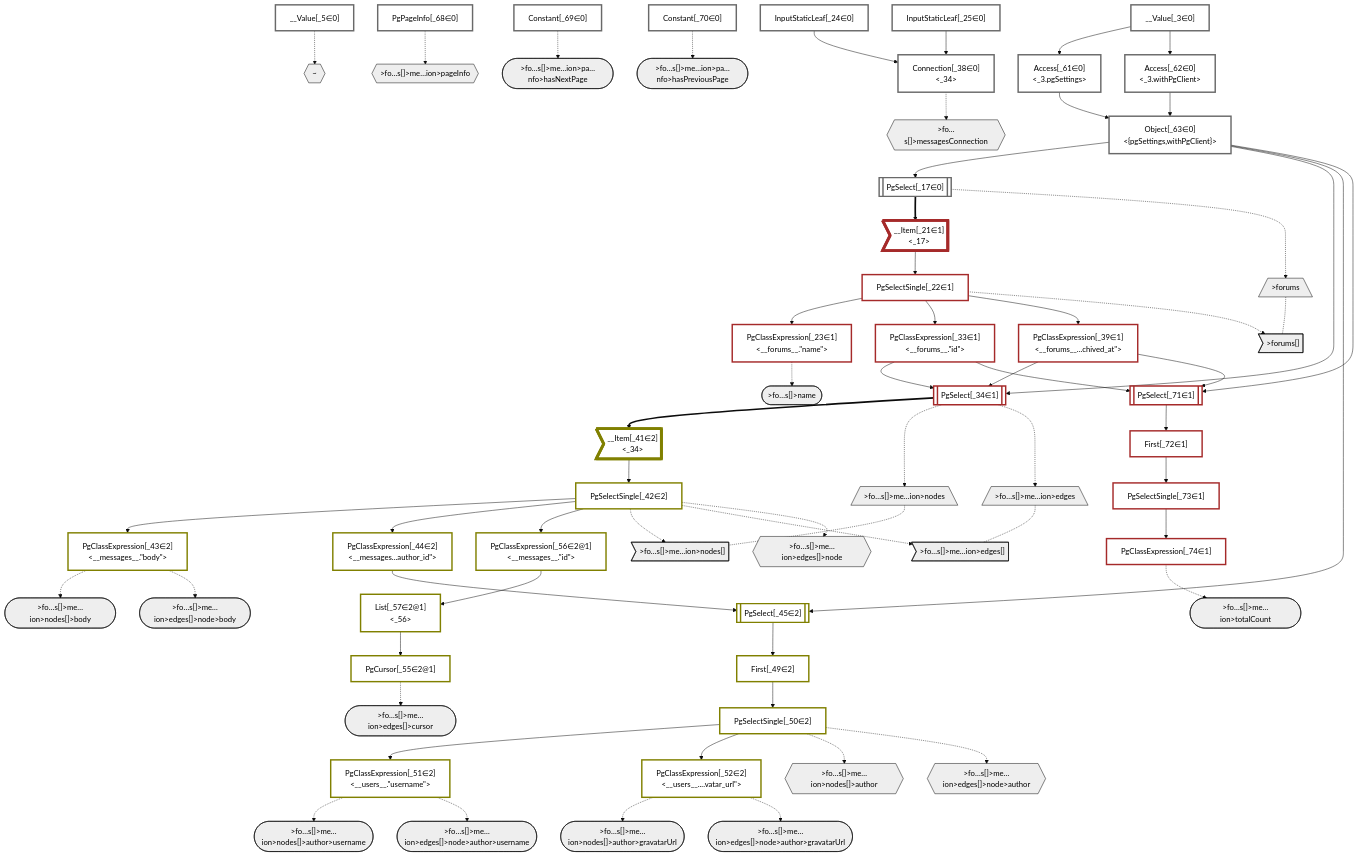
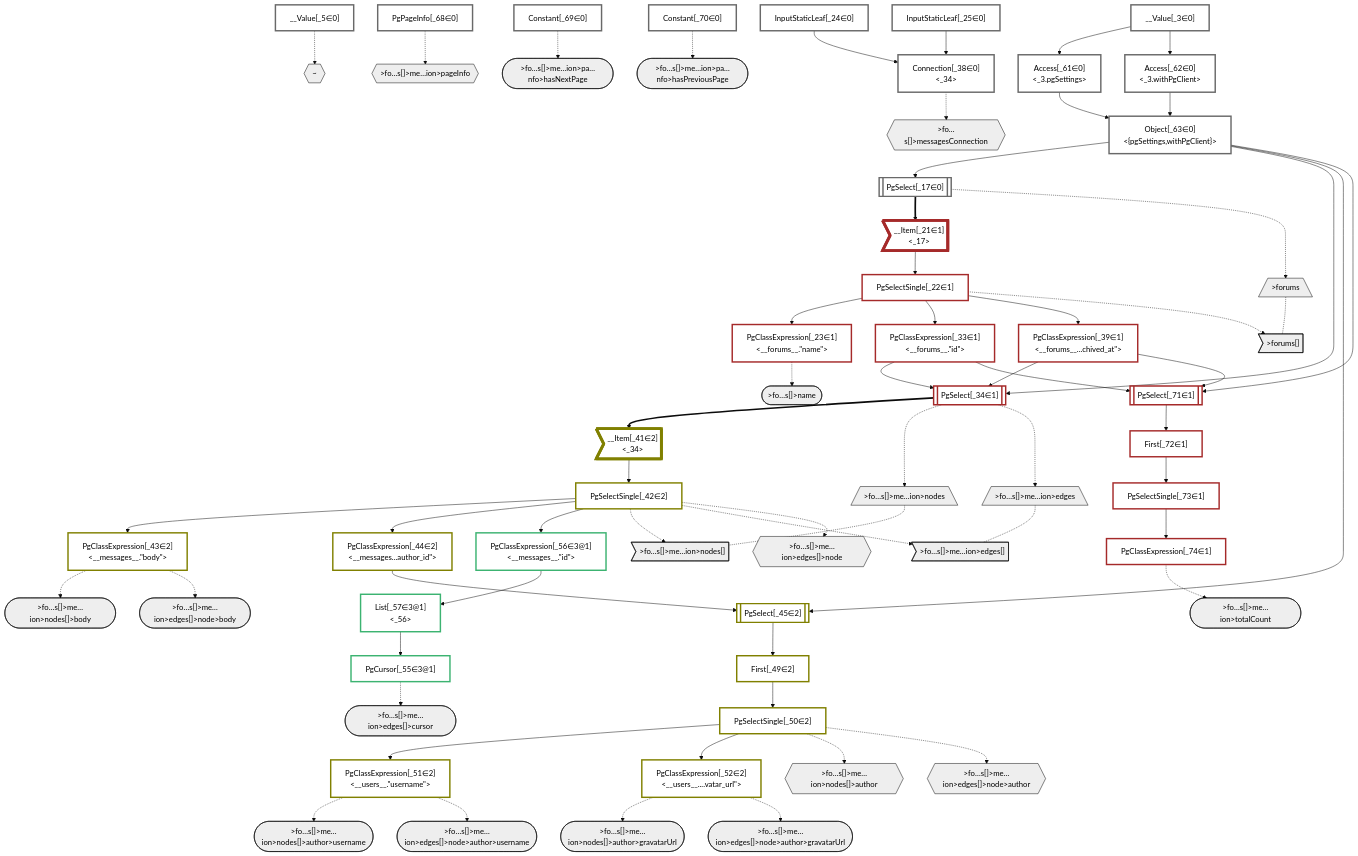
Before and after one commit to graphile/crystal: the diagram in packages/dataplan-pg/__tests__/queries/conditions/archived-forum-inherited-messages.defer-5.deopt.mermaid.md, drawn with Mermaid (base theme). The commit also changed 42 other files, not shown here.

````diff
--- a/packages/dataplan-pg/__tests__/queries/conditions/archived-forum-inherited-messages.defer-5.deopt.mermaid.md
+++ b/packages/dataplan-pg/__tests__/queries/conditions/archived-forum-inherited-messages.defer-5.deopt.mermaid.md
@@ -75,9 +75,9 @@
     PgSelectSingle_50["PgSelectSingle[_50∈2]<br /><users>"]:::plan
     PgClassExpression_51["PgClassExpression[_51∈2]<br /><__users__.#quot;username#quot;>"]:::plan
     PgClassExpression_52["PgClassExpression[_52∈2]<br /><__users__....vatar_url#quot;>"]:::plan
-    PgCursor_55["PgCursor[_55∈2@1]"]:::plan
-    PgClassExpression_56["PgClassExpression[_56∈2@1]<br /><__messages__.#quot;id#quot;>"]:::plan
-    List_57["List[_57∈2@1]<br /><_56>"]:::plan
+    PgCursor_55["PgCursor[_55∈3@1]"]:::plan
+    PgClassExpression_56["PgClassExpression[_56∈3@1]<br /><__messages__.#quot;id#quot;>"]:::plan
+    List_57["List[_57∈3@1]<br /><_56>"]:::plan
     Access_61["Access[_61∈0]<br /><_3.pgSettings>"]:::plan
     Access_62["Access[_62∈0]<br /><_3.withPgClient>"]:::plan
     Object_63["Object[_63∈0]<br /><{pgSettings,withPgClient}>"]:::plan
@@ -156,5 +156,7 @@
     classDef bucket1 stroke:#a52a2a
     class __Item_21,PgSelectSingle_22,PgClassExpression_23,PgClassExpression_33,PgSelect_34,PgClassExpression_39,PgSelect_71,First_72,PgSelectSingle_73,PgClassExpression_74 bucket1
     classDef bucket2 stroke:#808000
-    class __Item_41,PgSelectSingle_42,PgClassExpression_43,PgClassExpression_44,PgSelect_45,First_49,PgSelectSingle_50,PgClassExpression_51,PgClassExpression_52,PgCursor_55,PgClassExpression_56,List_57 bucket2
+    class __Item_41,PgSelectSingle_42,PgClassExpression_43,PgClassExpression_44,PgSelect_45,First_49,PgSelectSingle_50,PgClassExpression_51,PgClassExpression_52 bucket2
+    classDef bucket3 stroke:#3cb371
+    class PgCursor_55,PgClassExpression_56,List_57 bucket3
 ```
````
